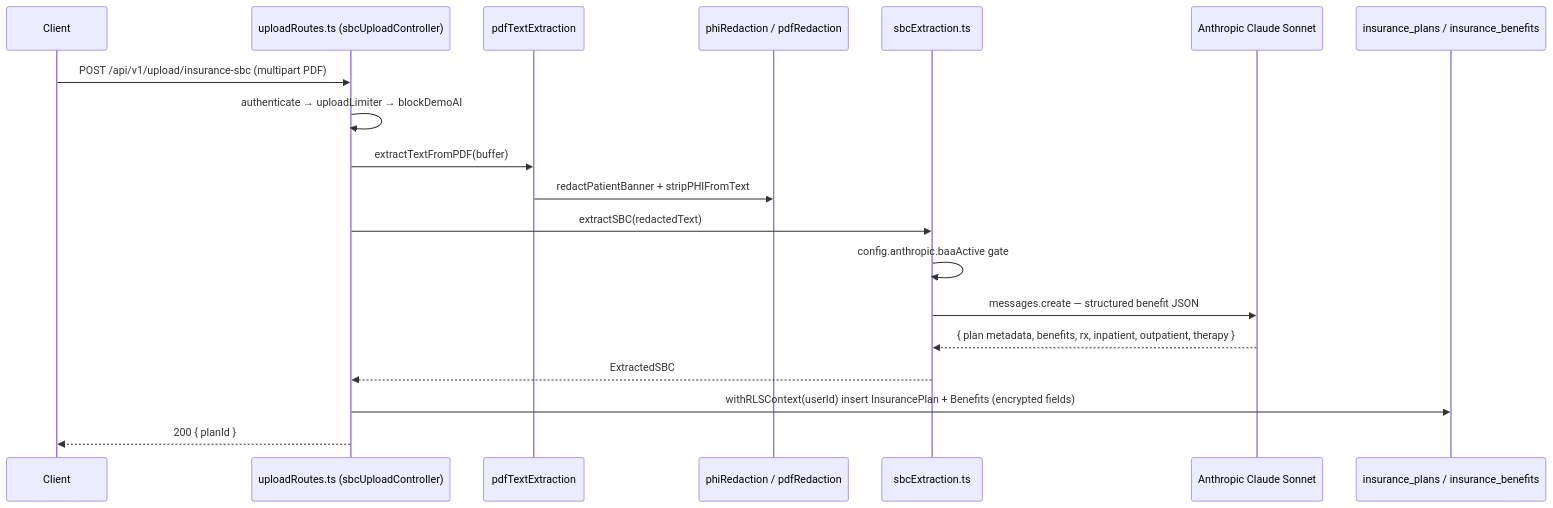
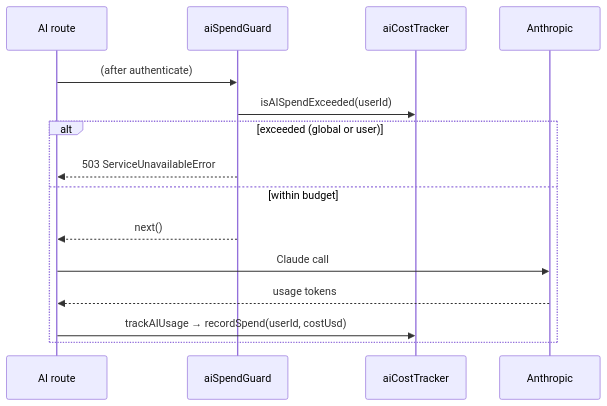
One commit to breilly1296/OwnMyHealth-Claude changed the sixth of 10 diagrams in New Project Documents/ARCHITECTURE.md. Above: the diagram before and after it, drawn with Mermaid. The commit also changed other lines of this file and 57 other files, not shown here.

````diff
--- a/New Project Documents/ARCHITECTURE.md
+++ b/New Project Documents/ARCHITECTURE.md
@@ -491,22 +476,17 @@
 ```mermaid
 sequenceDiagram
-  participant C as Client
-  participant U as uploadRoutes.ts (sbcUploadController)
-  participant Pd as pdfTextExtraction
-  participant Rx as phiRedaction / pdfRedaction
-  participant Sbc as sbcExtraction.ts
-  participant AI as Anthropic Claude Sonnet
-  participant DB as insurance_plans / insurance_benefits
-
-  C->>U: POST /api/v1/upload/insurance-sbc (multipart PDF)
-  U->>U: authenticate → uploadLimiter → blockDemoAI
-  U->>Pd: extractTextFromPDF(buffer)
-  Pd->>Rx: redactPatientBanner + stripPHIFromText
-  U->>Sbc: extractSBC(redactedText)
-  Sbc->>Sbc: config.anthropic.baaActive gate
-  Sbc->>AI: messages.create — structured benefit JSON
-  AI-->>Sbc: { plan metadata, benefits, rx, inpatient, outpatient, therapy }
-  Sbc-->>U: ExtractedSBC
-  U->>DB: withRLSContext(userId) insert InsurancePlan + Benefits (encrypted fields)
-  U-->>C: 200 { planId }
+  participant R as AI route
+  participant G as aiSpendGuard
+  participant T as aiCostTracker
+  participant A as Anthropic
+  R->>G: (after authenticate)
+  G->>T: isAISpendExceeded(userId)
+  alt exceeded (global or user)
+    G-->>R: 503 ServiceUnavailableError
+  else within budget
+    G-->>R: next()
+    R->>A: Claude call
+    A-->>R: usage tokens
+    R->>T: trackAIUsage → recordSpend(userId, costUsd)
+  end
 ```
````
